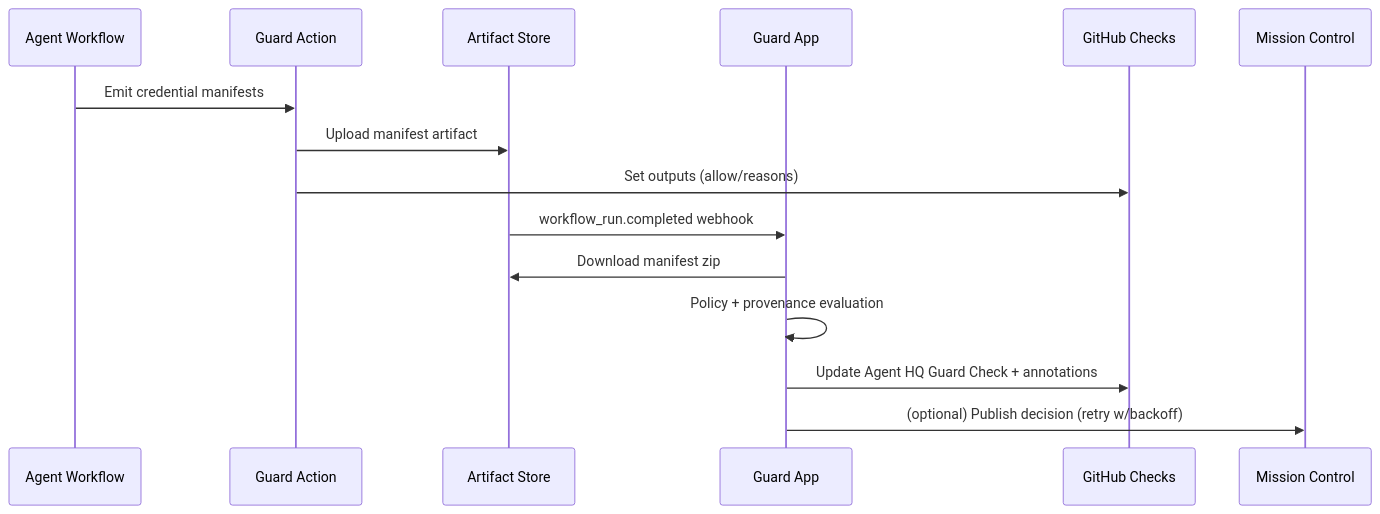
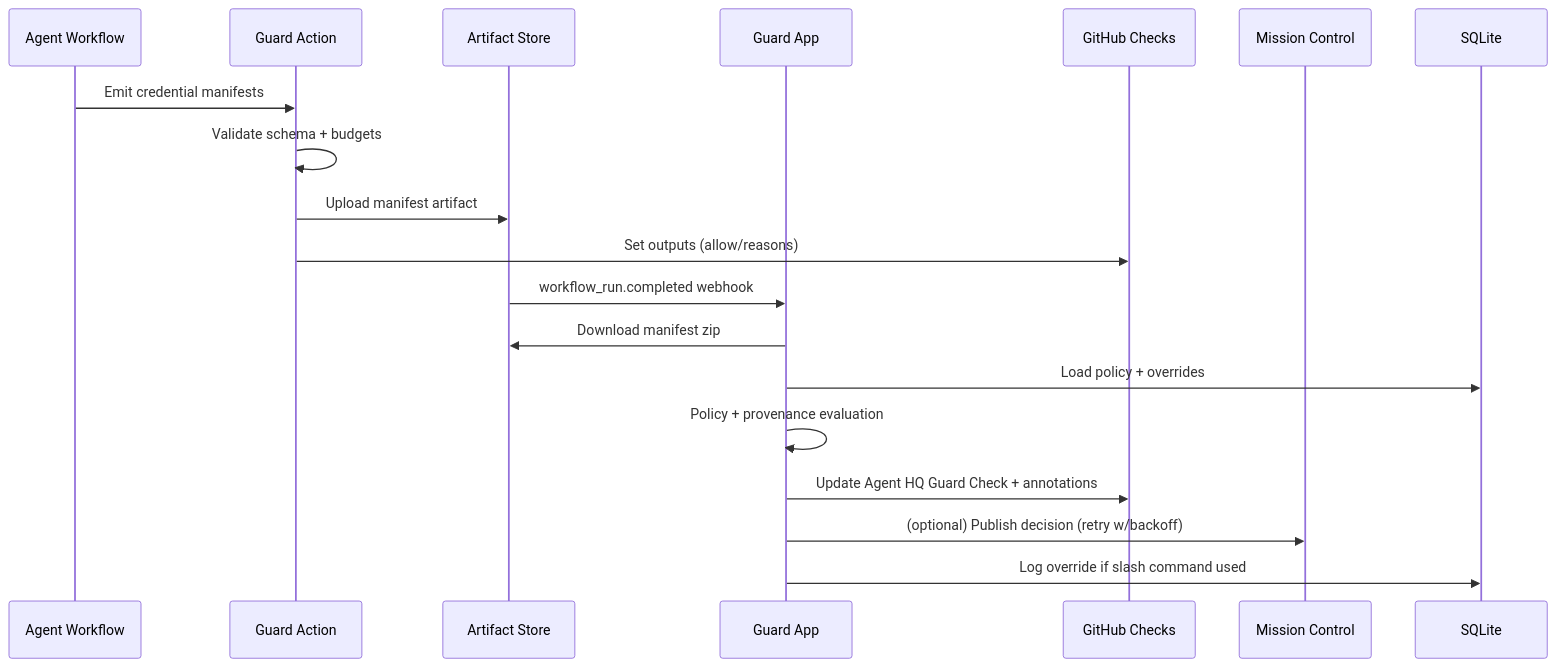
The diagram in docs/operator-guide.md (jlov7/Agent-HQ-Guard), drawn with Mermaid before and after one commit. The commit also changed other lines of this file and 8 other files, not shown here.

````diff
--- a/docs/operator-guide.md
+++ b/docs/operator-guide.md
@@ -14,18 +37,22 @@
 ```mermaid
 sequenceDiagram
     participant Agent as Agent Workflow
     participant Action as Guard Action
     participant Artifact as Artifact Store
     participant App as Guard App
     participant GH as GitHub Checks
     participant MC as Mission Control
+    participant Storage as SQLite
 
     Agent->>Action: Emit credential manifests
+    Action->>Action: Validate schema + budgets
     Action->>Artifact: Upload manifest artifact
     Action->>GH: Set outputs (allow/reasons)
     Artifact->>App: workflow_run.completed webhook
     App->>Artifact: Download manifest zip
+    App->>Storage: Load policy + overrides
     App->>App: Policy + provenance evaluation
     App->>GH: Update Agent HQ Guard Check + annotations
     App->>MC: (optional) Publish decision (retry w/backoff)
+    App->>Storage: Log override if slash command used
 ```
````
